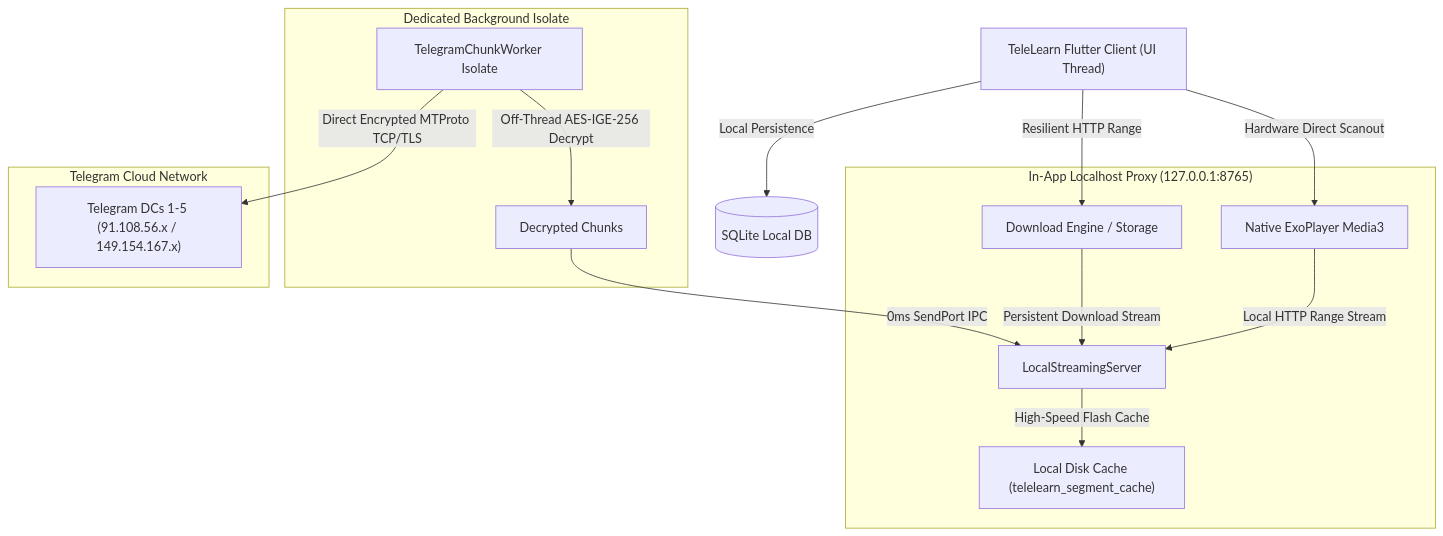
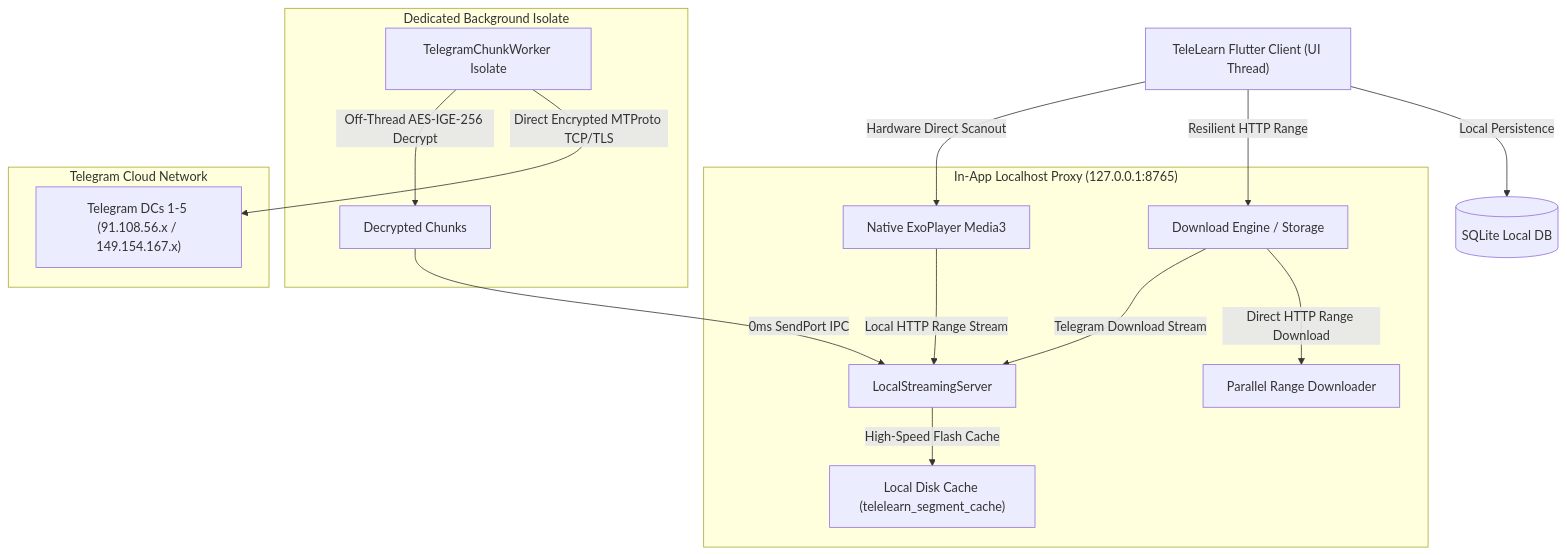
One commit to 7830-c/TeleLearn_Mobile_App changed the diagram in README.md. Above: the diagram before and after it, drawn with Mermaid. The commit also changed other lines of this file and 13 other files, not shown here.

````diff
--- a/README.md
+++ b/README.md
@@ -73,21 +77,22 @@
 ```mermaid
 graph TD
     A["TeleLearn Flutter Client (UI Thread)"] -->|Hardware Direct Scanout| B["Native ExoPlayer Media3"]
     A -->|Resilient HTTP Range| C["Download Engine / Storage"]
     A -->|Local Persistence| D[("SQLite Local DB")]
     
     subgraph Proxy ["In-App Localhost Proxy (127.0.0.1:8765)"]
         B -->|Local HTTP Range Stream| E["LocalStreamingServer"]
-        C -->|Persistent Download Stream| E
+        C -->|Telegram Download Stream| E
+        C -->|Direct HTTP Range Download| I["Parallel Range Downloader"]
         E -->|High-Speed Flash Cache| G["Local Disk Cache (telelearn_segment_cache)"]
     end
 
     subgraph Worker ["Dedicated Background Isolate"]
         W["TelegramChunkWorker Isolate"] -->|Off-Thread AES-IGE-256 Decrypt| H["Decrypted Chunks"]
         H -->|0ms SendPort IPC| E
     end
 
     subgraph Telegram ["Telegram Cloud Network"]
         W -->|Direct Encrypted MTProto TCP/TLS| T["Telegram DCs 1-5 (91.108.56.x / 149.154.167.x)"]
     end
 ```
````
